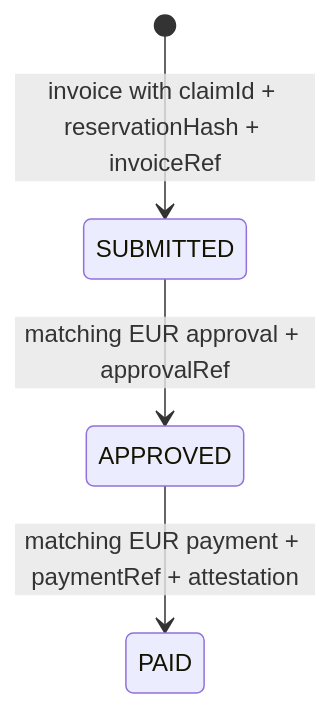
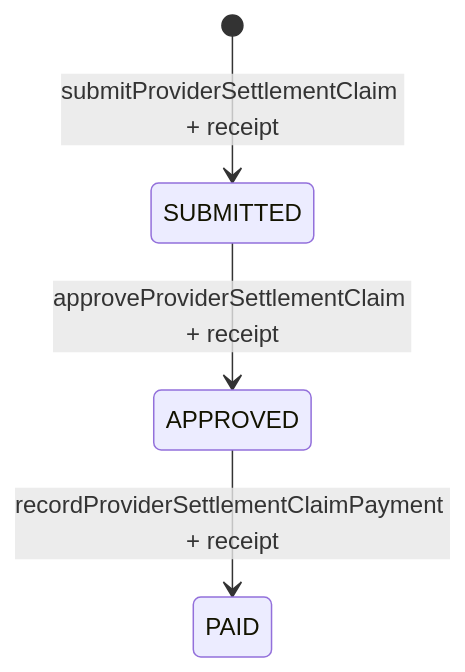
Before and after one commit to DecentraLabsCom/Blockchain-Services: the second of 2 diagrams in docs/services/wallet/WALLET_BILLING.md, drawn with Mermaid. The commit also changed other lines of this file and 19 other files, not shown here.

Commit message:
Project provider settlement from on-chain lifecycle

````diff
--- a/docs/services/wallet/WALLET_BILLING.md
+++ b/docs/services/wallet/WALLET_BILLING.md
@@ -183,6 +183,6 @@
 ```mermaid
 stateDiagram-v2
-    [*] --> SUBMITTED: invoice with claimId + reservationHash + invoiceRef
-    SUBMITTED --> APPROVED: matching EUR approval + approvalRef
-    APPROVED --> PAID: matching EUR payment + paymentRef + attestation
+    [*] --> SUBMITTED: submitProviderSettlementClaim + receipt
+    SUBMITTED --> APPROVED: approveProviderSettlementClaim + receipt
+    APPROVED --> PAID: recordProviderSettlementClaimPayment + receipt
 ```
````
